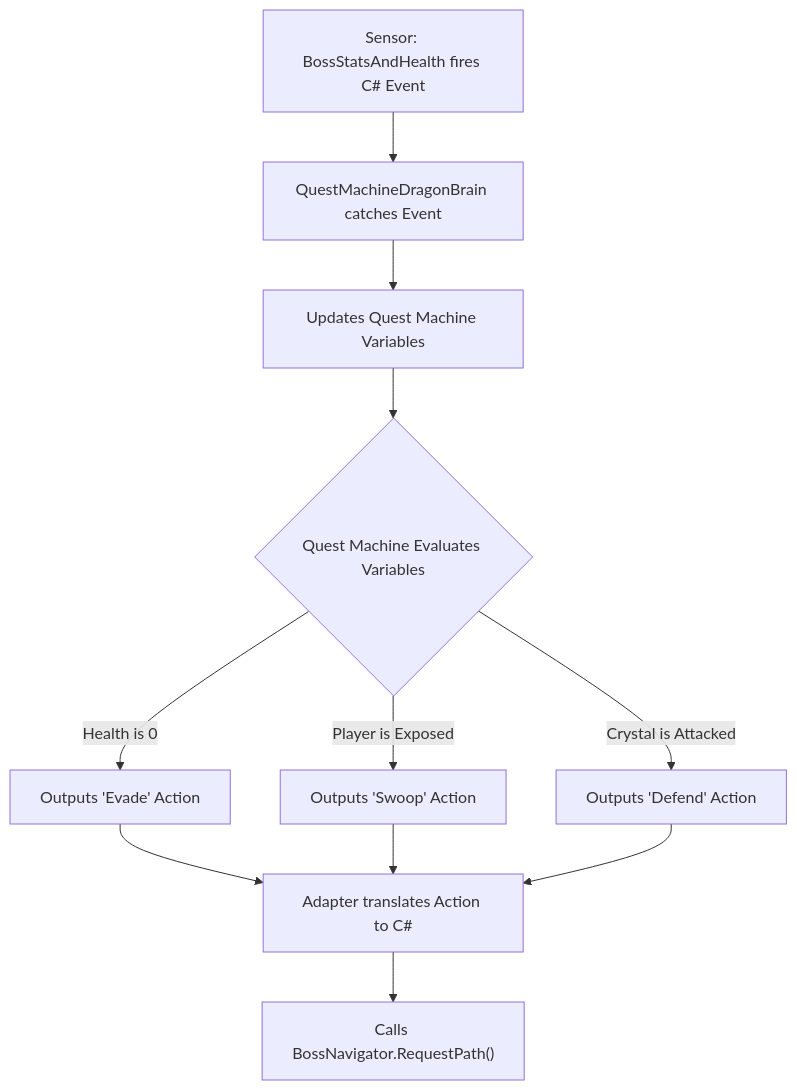
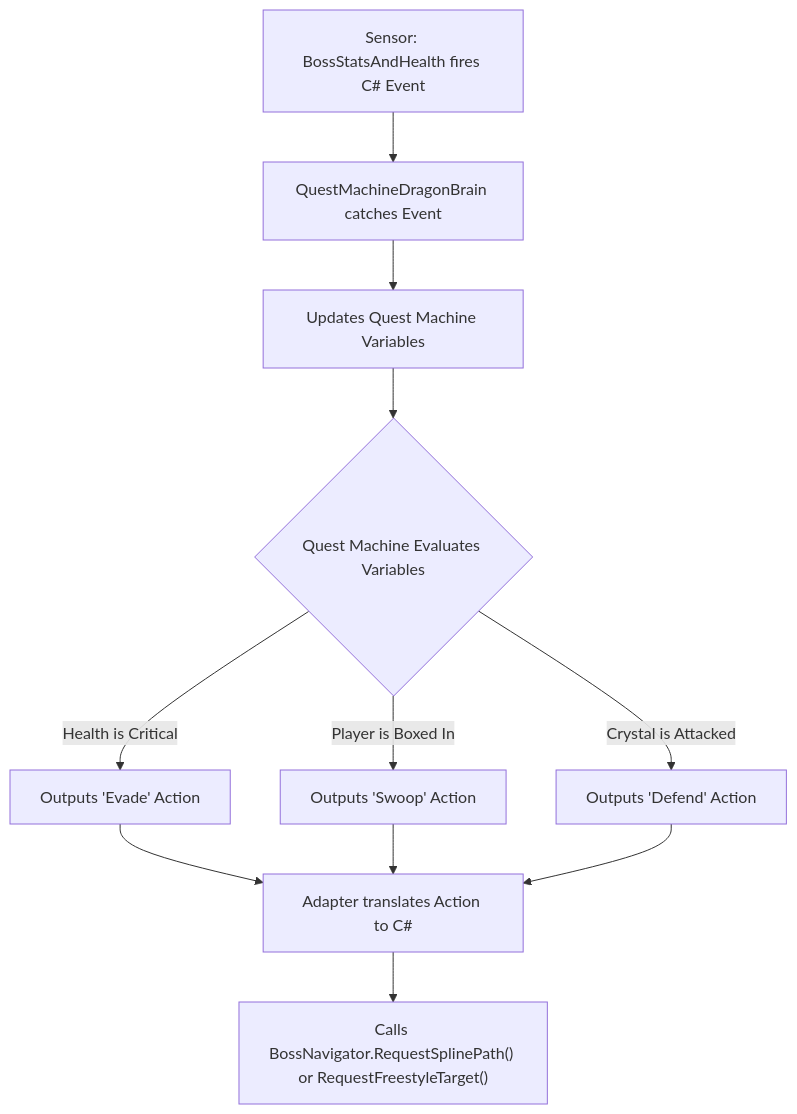
The first of 4 diagrams in Dragon_Code_Overview.md (NatalieC001/ObiRopeTest), drawn with Mermaid before and after one commit. The commit also changed other lines of this file, not shown here.

````diff
--- a/Dragon_Code_Overview.md
+++ b/Dragon_Code_Overview.md
@@ -16,16 +16,16 @@
 ```mermaid
 graph TD
     Data[Sensor: BossStatsAndHealth fires C# Event] --> Adapter[QuestMachineDragonBrain catches Event]
     Adapter --> QM[Updates Quest Machine Variables]
     QM --> Evaluate{Quest Machine Evaluates Variables}
 
-    Evaluate -- Health is 0 --> Evade[Outputs 'Evade' Action]
-    Evaluate -- Player is Exposed --> Swoop[Outputs 'Swoop' Action]
+    Evaluate -- Health is Critical --> Evade[Outputs 'Evade' Action]
+    Evaluate -- Player is Boxed In --> Swoop[Outputs 'Swoop' Action]
     Evaluate -- Crystal is Attacked --> Defend[Outputs 'Defend' Action]
 
     Evade --> Execute[Adapter translates Action to C#]
     Swoop --> Execute
     Defend --> Execute
 
-    Execute --> Motor["Calls BossNavigator.RequestPath()"]
+    Execute --> Motor["Calls BossNavigator.RequestSplinePath() or RequestFreestyleTarget()"]
 ```
````
